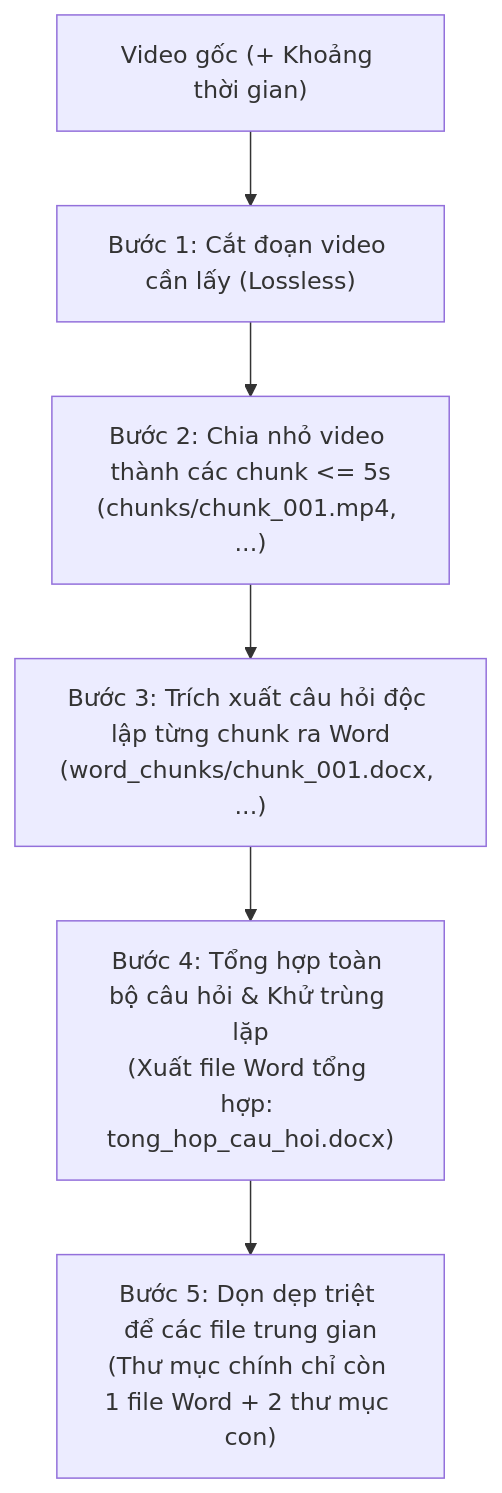
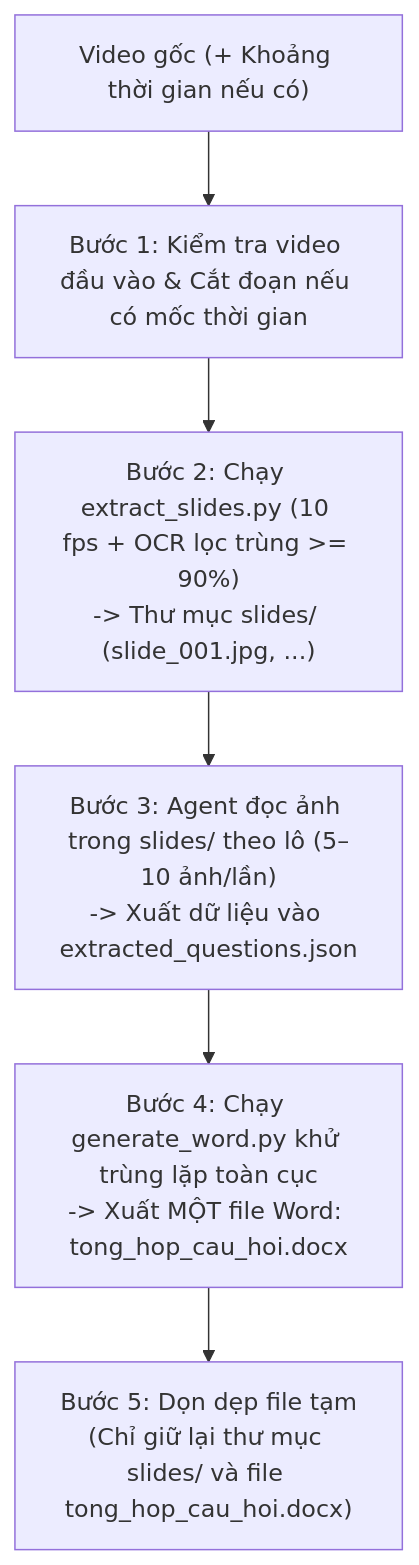
The diagram in azotaFromVideo/SKILL.md (hoangphamphuc59/azotaFromVideo), drawn with Mermaid before and after one commit. The commit also changed other lines of this file and 10 other files, not shown here.

````diff
--- a/azotaFromVideo/SKILL.md
+++ b/azotaFromVideo/SKILL.md
@@ -30,8 +32,8 @@
 ```mermaid
 flowchart TD
-    A["Video gốc (+ Khoảng thời gian)"] --> B["Bước 1: Cắt đoạn video cần lấy (Lossless)"]
-    B --> B2["Bước 2: Chia nhỏ video thành các chunk <= 5s<br>(chunks/chunk_001.mp4, ...)"]
-    B2 --> C["Bước 3: Trích xuất câu hỏi độc lập từng chunk ra Word<br>(word_chunks/chunk_001.docx, ...)"]
-    C --> D["Bước 4: Tổng hợp toàn bộ câu hỏi & Khử trùng lặp<br>(Xuất file Word tổng hợp: tong_hop_cau_hoi.docx)"]
-    D --> E["Bước 5: Dọn dẹp triệt để các file trung gian<br>(Thư mục chính chỉ còn 1 file Word + 2 thư mục con)"]
+    A["Video gốc (+ Khoảng thời gian nếu có)"] --> B["Bước 1: Kiểm tra video đầu vào & Cắt đoạn nếu có mốc thời gian"]
+    B --> C["Bước 2: Chạy extract_slides.py (10 fps + OCR lọc trùng >= 90%)<br>-> Thư mục slides/ (slide_001.jpg, ...)"]
+    C --> D["Bước 3: Agent đọc ảnh trong slides/ theo lô (5–10 ảnh/lần)<br>-> Xuất dữ liệu vào extracted_questions.json"]
+    D --> E["Bước 4: Chạy generate_word.py khử trùng lặp toàn cục<br>-> Xuất MỘT file Word: tong_hop_cau_hoi.docx"]
+    E --> F["Bước 5: Dọn dẹp file tạm<br>(Chỉ giữ lại thư mục slides/ và file tong_hop_cau_hoi.docx)"]
 ```
````
